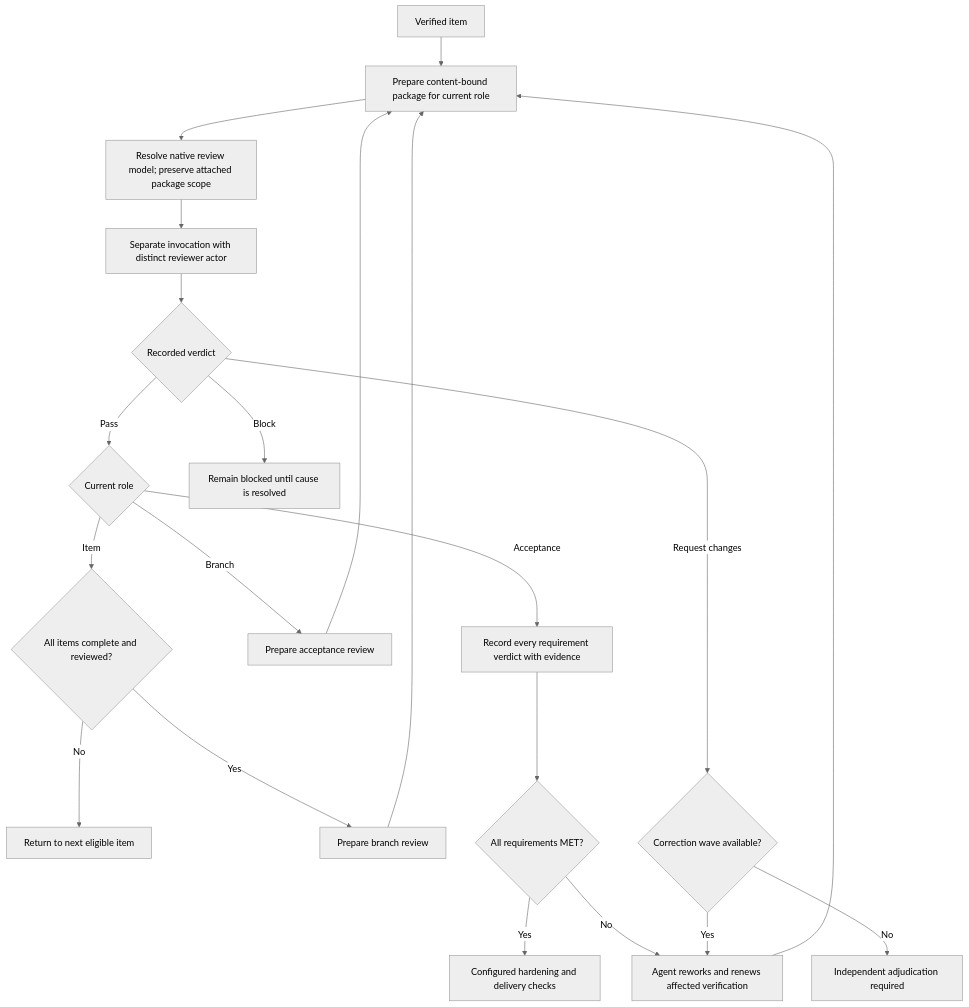
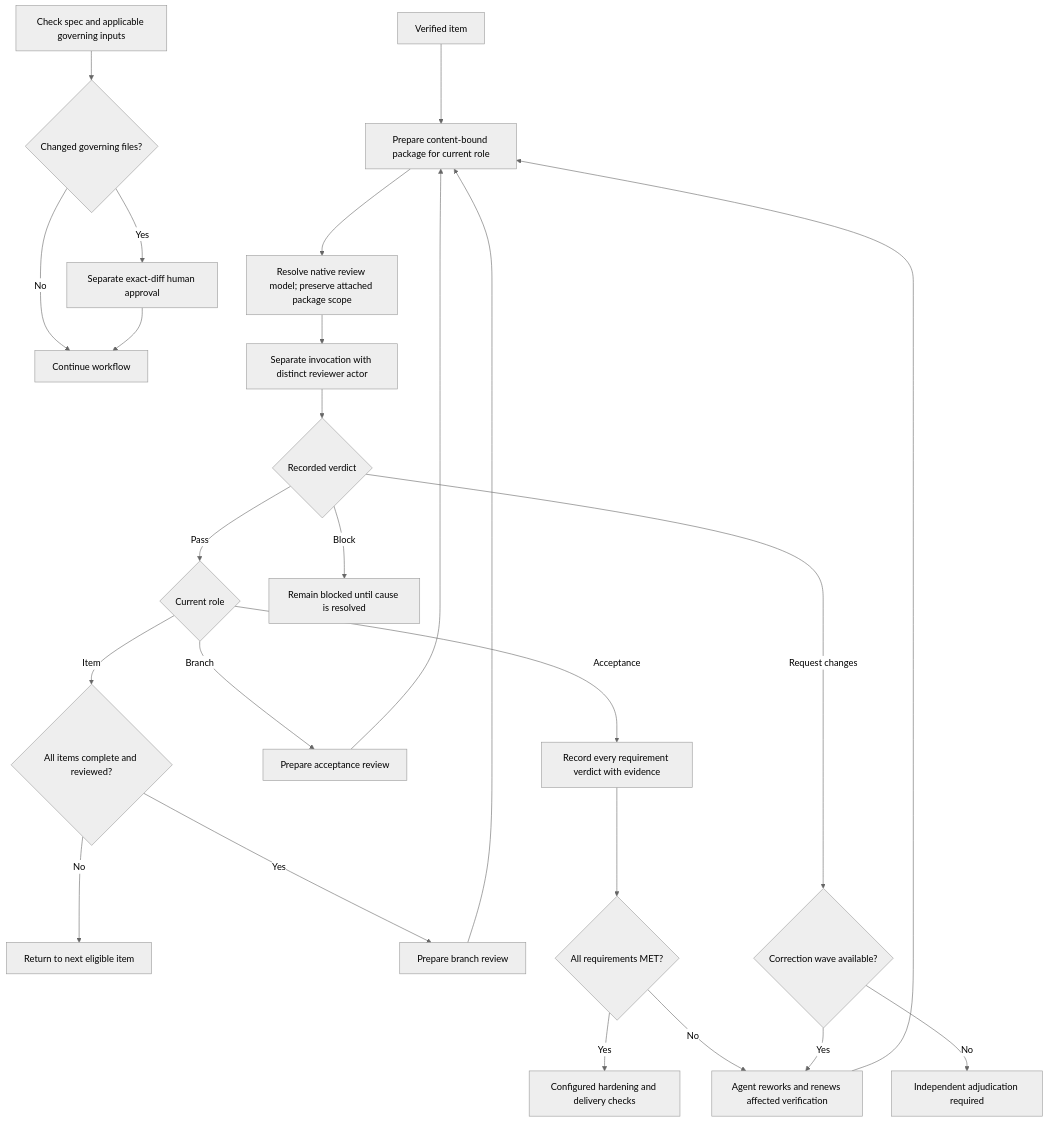
One commit to wgentil/devflow changed the diagram in skills/review-work/SKILL.md. Above: the diagram before and after it, drawn with Mermaid (neutral theme). The commit also changed other lines of this file and 15 other files, not shown here.

Commit message:
Gate feature work on approved governing document inputs

````diff
--- a/skills/review-work/SKILL.md
+++ b/skills/review-work/SKILL.md
@@ -10,23 +10,27 @@
 ```mermaid
 flowchart TD
+    Inputs["Check spec and applicable governing inputs"] --> Policy{"Changed governing files?"}
+    Policy -->|Yes| Approve["Separate exact-diff human approval"]
+    Policy -->|No| Continue["Continue workflow"]
+    Approve --> Continue
     Item["Verified item"] --> Package["Prepare content-bound package for current role"]
     Package --> Native["Resolve native review model; preserve attached package scope"]
     Native --> Reviewer["Separate invocation with distinct reviewer actor"]
     Reviewer --> Verdict{"Recorded verdict"}
     Verdict -->|Pass| Stage{"Current role"}
     Stage -->|Item| More{"All items complete and reviewed?"}
     More -->|No| Next["Return to next eligible item"]
     More -->|Yes| Branch["Prepare branch review"]
     Branch --> Package
     Stage -->|Branch| Acceptance["Prepare acceptance review"]
     Acceptance --> Package
     Stage -->|Acceptance| Requirements["Record every requirement verdict with evidence"]
     Requirements --> Complete{"All requirements MET?"}
     Complete -->|Yes| Hardening["Configured hardening and delivery checks"]
     Complete -->|No| Fix["Agent reworks and renews affected verification"]
     Verdict -->|Request changes| Limit{"Correction wave available?"}
     Limit -->|Yes| Fix
     Fix --> Package
     Limit -->|No| Adjudication["Independent adjudication required"]
     Verdict -->|Block| Blocked["Remain blocked until cause is resolved"]
 ```
````
